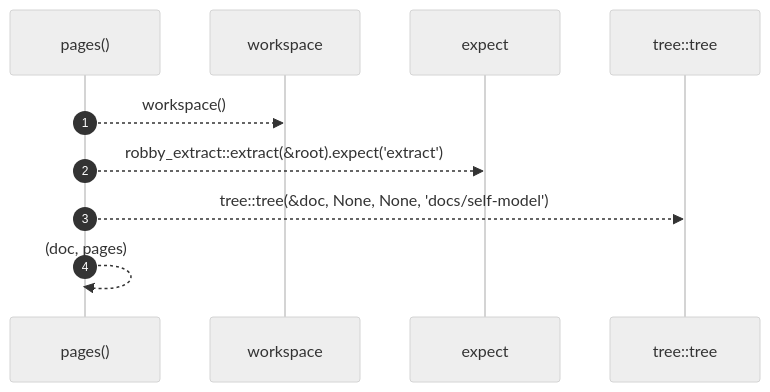
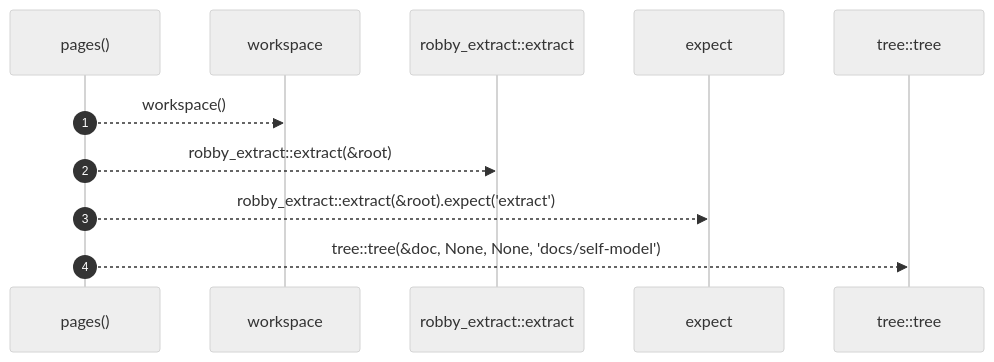
One commit to RyanGuild/self-describing-code changed the diagram in docs/self-model/robby_render/test_tree/pages.md. Above: the diagram before and after it, drawn with Mermaid (neutral theme). The commit also changed other lines of this file and 1404 other files, not shown here.

````diff
--- a/docs/self-model/robby_render/test_tree/pages.md
+++ b/docs/self-model/robby_render/test_tree/pages.md
@@ -21,12 +21,13 @@
 ```mermaid
 sequenceDiagram
     autonumber
     participant pages as pages()
     participant workspace as workspace
+    participant robby_extract__extract as robby_extract::extract
     participant expect as expect
     participant tree__tree as tree::tree
     pages-->>workspace: workspace()
+    pages-->>robby_extract__extract: robby_extract::extract(&root)
     pages-->>expect: robby_extract::extract(&root).expect('extract')
     pages-->>tree__tree: tree::tree(&doc, None, None, 'docs/self-model')
-    pages-->>pages: (doc, pages)
 ```
````
